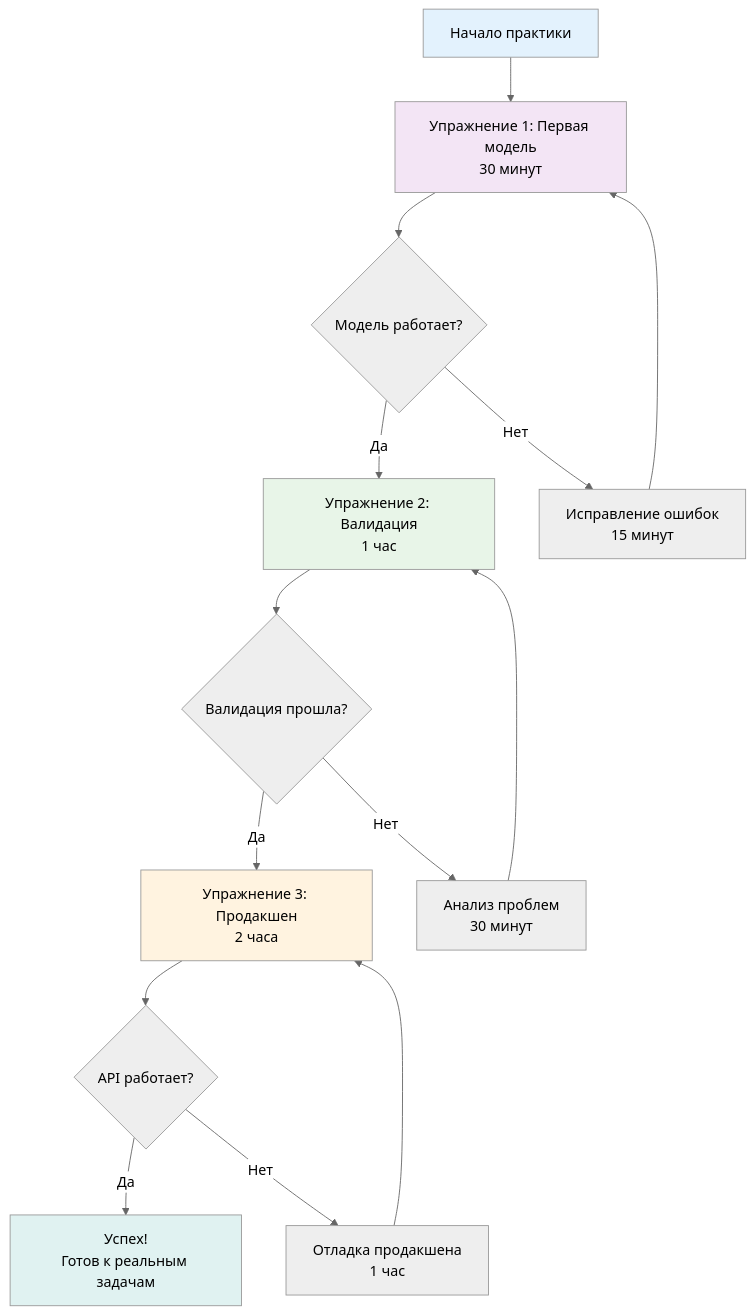
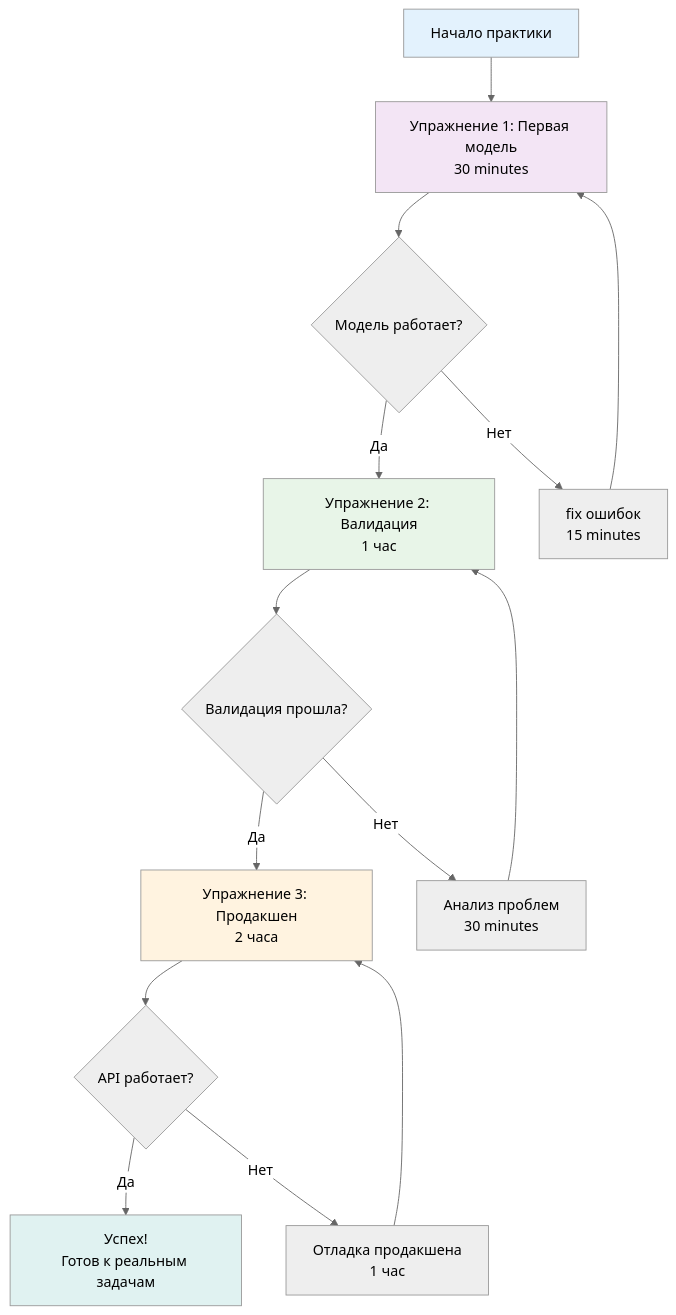
Before and after one commit to NeoZorK/neozork-hld-prediction: the fifth of 8 diagrams in docs/automl/gluon/25_reading_guide.md, drawn with Mermaid (neutral theme). The commit also changed other lines of this file and 19 other files, not shown here.

````diff
--- a/docs/automl/gluon/25_reading_guide.md
+++ b/docs/automl/gluon/25_reading_guide.md
@@ -914,24 +914,24 @@
 ```mermaid
 graph TD
-    A[Начало практики] --> B[Упражнение 1: Первая модель<br/>30 минут]
-    B --> C{Модель работает?}
-    C -->|Да| D[Упражнение 2: Валидация<br/>1 час]
-    C -->|Нет| E[Исправление ошибок<br/>15 минут]
-    E --> B
-    
-    D --> F{Валидация прошла?}
-    F -->|Да| G[Упражнение 3: Продакшен<br/>2 часа]
-    F -->|Нет| H[Анализ проблем<br/>30 минут]
-    H --> D
-    
-    G --> I{API работает?}
-    I -->|Да| J[Успех!<br/>Готов к реальным задачам]
-    I -->|Нет| K[Отладка продакшена<br/>1 час]
-    K --> G
-    
-    style A fill:#e3f2fd
-    style B fill:#f3e5f5
-    style D fill:#e8f5e8
-    style G fill:#fff3e0
-    style J fill:#e0f2f1
+ A[Начало практики] --> B[Упражнение 1: Первая модель<br/>30 minutes]
+ B --> C{Модель работает?}
+ C -->|Да| D[Упражнение 2: Валидация<br/>1 час]
+ C -->|Нет| E[fix ошибок<br/>15 minutes]
+ E --> B
+
+ D --> F{Валидация прошла?}
+ F -->|Да| G[Упражнение 3: Продакшен<br/>2 часа]
+ F -->|Нет| H[Анализ проблем<br/>30 minutes]
+ H --> D
+
+ G --> I{API работает?}
+ I -->|Да| J[Успех!<br/>Готов к реальным задачам]
+ I -->|Нет| K[Отладка продакшена<br/>1 час]
+ K --> G
+
+ style A fill:#e3f2fd
+ style B fill:#f3e5f5
+ style D fill:#e8f5e8
+ style G fill:#fff3e0
+ style J fill:#e0f2f1
 ```
````
